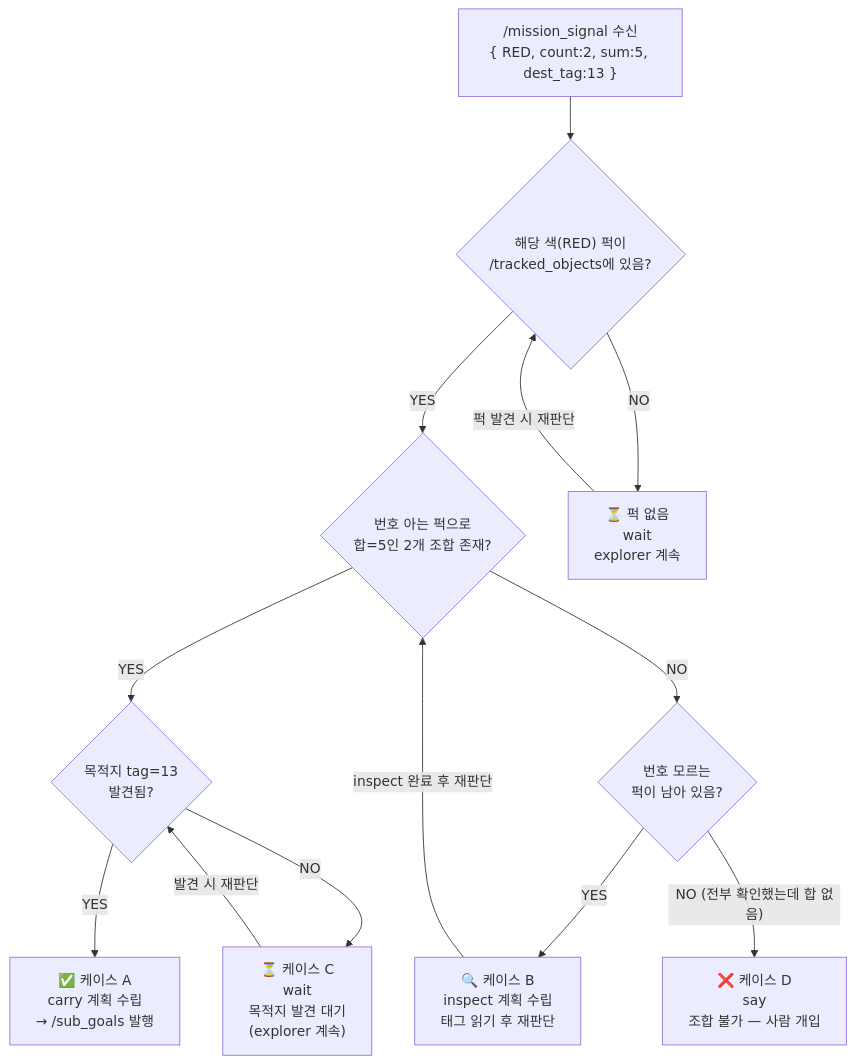
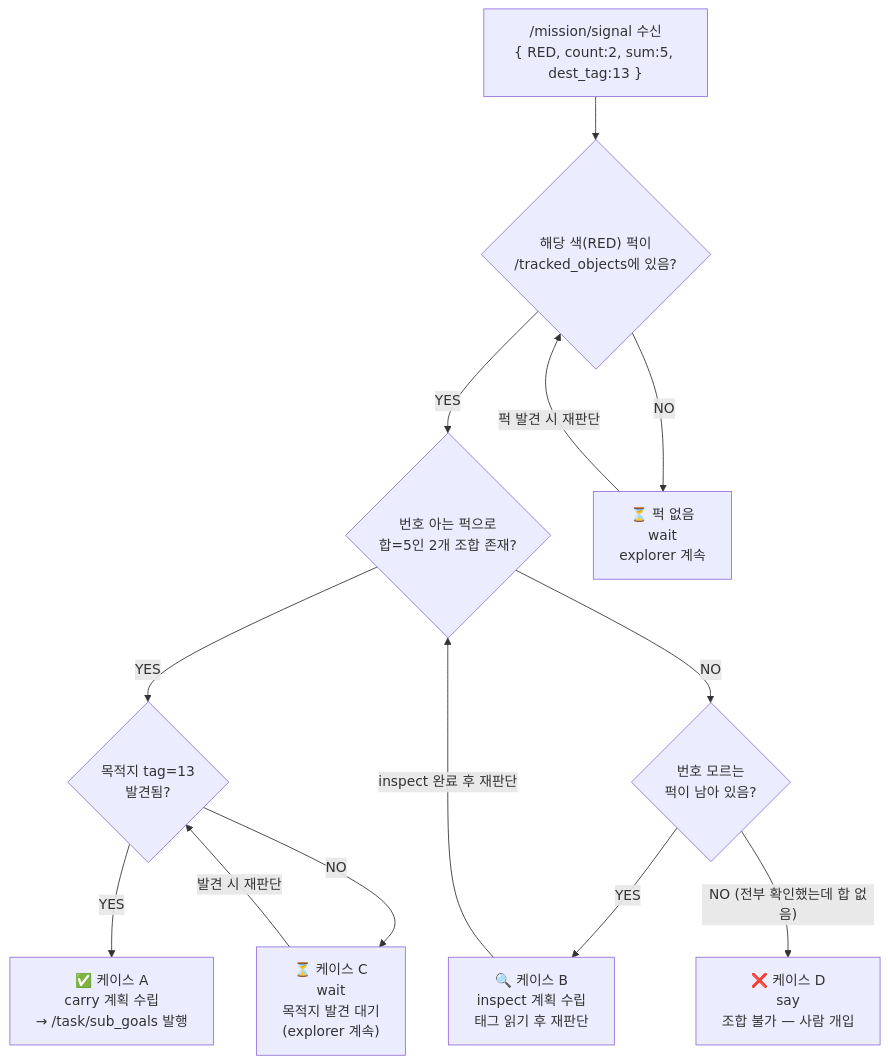
Before and after one commit to SeungHye-J/Lv2_bee_Assignment: the first of 5 diagrams in documents/mission/scenario/04-phase3-plan.md, drawn with Mermaid. The commit also changed other lines of this file and 25 other files, not shown here.

````diff
--- a/documents/mission/scenario/04-phase3-plan.md
+++ b/documents/mission/scenario/04-phase3-plan.md
@@ -7,25 +7,25 @@
 ```mermaid
 flowchart TD
-    IN["/mission_signal 수신\n{ RED, count:2, sum:5, dest_tag:13 }"]
+    IN["/mission/signal 수신\n{ RED, count:2, sum:5, dest_tag:13 }"]
 
     Q_PUCK{"해당 색(RED) 퍽이\n/tracked_objects에 있음?"}
     Q_TAG{"번호 아는 퍽으로\n합=5인 2개 조합 존재?"}
     Q_DEST{"목적지 tag=13\n발견됨?"}
     Q_INSPECT{"번호 모르는\n퍽이 남아 있음?"}
 
-    CARRY["✅ 케이스 A\ncarry 계획 수립\n→ /sub_goals 발행"]
+    CARRY["✅ 케이스 A\ncarry 계획 수립\n→ /task/sub_goals 발행"]
     WAIT_DEST["⏳ 케이스 C\nwait\n목적지 발견 대기\n(explorer 계속)"]
     INSPECT["🔍 케이스 B\ninspect 계획 수립\n태그 읽기 후 재판단"]
     FAIL["❌ 케이스 D\nsay\n조합 불가 — 사람 개입"]
     WAIT_PUCK["⏳ 퍽 없음\nwait\nexplorer 계속"]
 
     IN --> Q_PUCK
     Q_PUCK -->|"NO"| WAIT_PUCK -->|"퍽 발견 시 재판단"| Q_PUCK
     Q_PUCK -->|"YES"| Q_TAG
     Q_TAG -->|"YES"| Q_DEST
     Q_DEST -->|"YES"| CARRY
     Q_DEST -->|"NO"| WAIT_DEST -->|"발견 시 재판단"| Q_DEST
     Q_TAG -->|"NO"| Q_INSPECT
     Q_INSPECT -->|"YES"| INSPECT -->|"inspect 완료 후 재판단"| Q_TAG
     Q_INSPECT -->|"NO (전부 확인했는데 합 없음)"| FAIL
 ```
````
